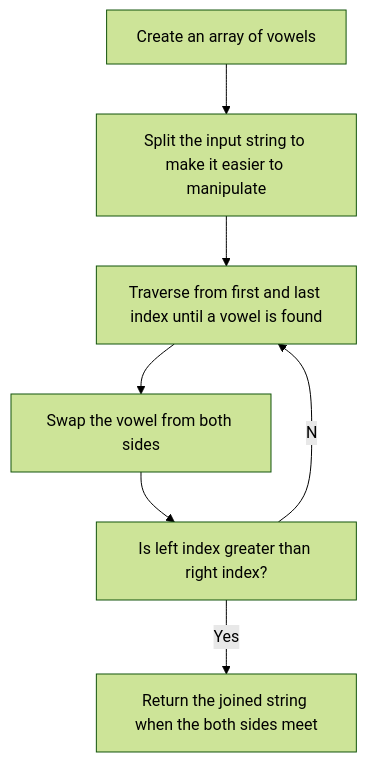
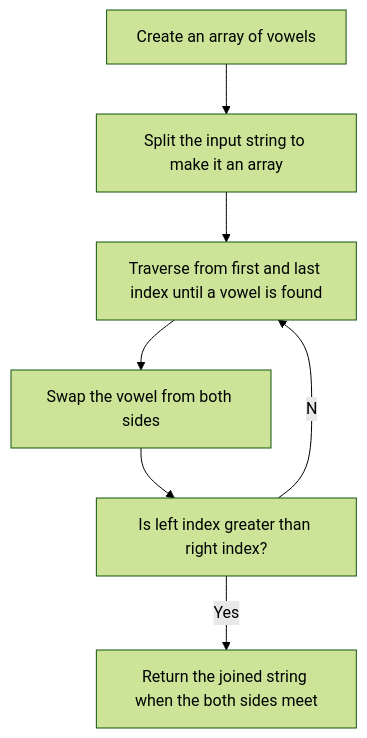
One commit to damarbm30/competitive-programming changed the diagram in Warmup/Reverse Vowels/README.md. Above: the diagram before and after it, drawn with Mermaid (forest theme).

````diff
--- a/Warmup/Reverse Vowels/README.md
+++ b/Warmup/Reverse Vowels/README.md
@@ -5,10 +5,10 @@
 ```mermaid
 graph TB;
-    A[Create an array of vowels]-->B[Split the input string to make it easier to manipulate];
+    A[Create an array of vowels]-->B[Split the input string to make it an array];
     B-->C[Traverse from first and last index until a vowel is found];
     C-->D[Swap the vowel from both sides];
     D-->E[Is left index greater than right index?];
     E--Yes-->F[Return the joined string when the both sides meet];
     E--No-->C
    
 ```
````
